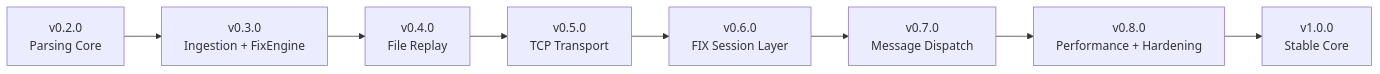
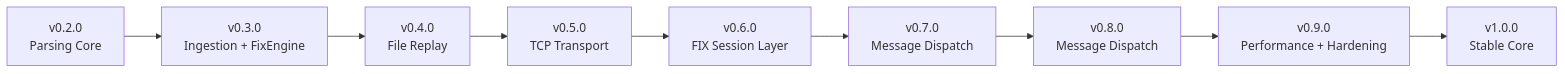
Before and after one commit to DrunkTrader/FixEngine: the sixth of 6 diagrams in README.md, drawn with Mermaid. The commit also changed other lines of this file and 5 other files, not shown here.

First line of the commit message:
Update project status and add TCP transport, enhanced validation, and future roadmap

````diff
--- a/README.md
+++ b/README.md
@@ -581,18 +627,20 @@
 ```mermaid
 flowchart LR
 
     A["v0.2.0<br/>Parsing Core"]
     --> B["v0.3.0<br/>Ingestion + FixEngine"]
 
     B --> C["v0.4.0<br/>File Replay"]
 
     C --> D["v0.5.0<br/>TCP Transport"]
 
     D --> E["v0.6.0<br/>FIX Session Layer"]
 
     E --> F["v0.7.0<br/>Message Dispatch"]
 
-    F --> G["v0.8.0<br/>Performance + Hardening"]
+    F --> G["v0.8.0<br/>Message Dispatch"]
 
-    G --> H["v1.0.0<br/>Stable Core"]
+    G --> H["v0.9.0<br/>Performance + Hardening"]
+
+    H --> I["v1.0.0<br/>Stable Core"]
 ```
````
